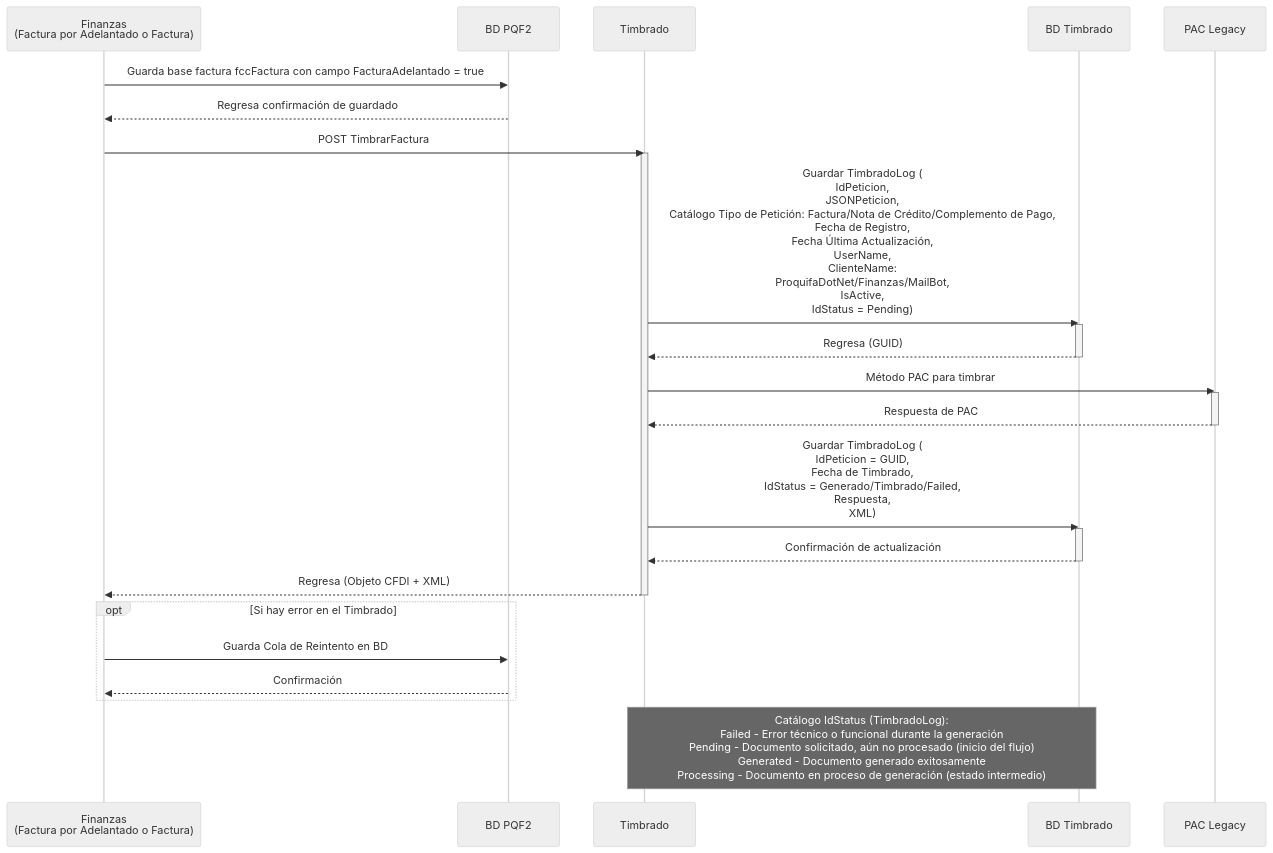
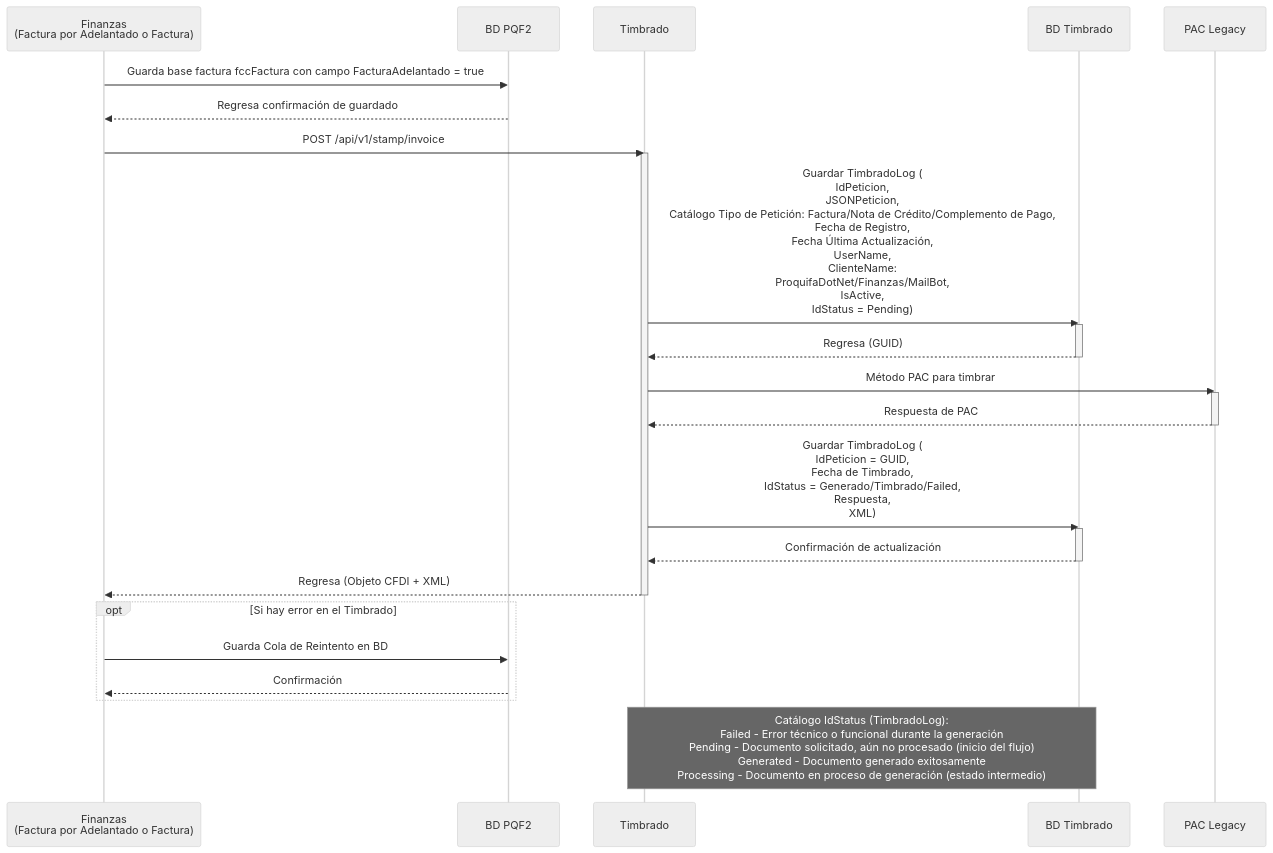
One commit to JuanGarciaRyndem/R16-Documentacion changed the diagram in Diagramas/Diagrama Secuencia Finanzas y Timbrado Factura.md. Above: the diagram before and after it, drawn with Mermaid (neutral theme). The commit also changed 47 other files, not shown here.

````diff
--- a/Diagramas/Diagrama Secuencia Finanzas y Timbrado Factura.md
+++ b/Diagramas/Diagrama Secuencia Finanzas y Timbrado Factura.md
@@ -3,39 +3,39 @@
 ```mermaid
 sequenceDiagram
     participant F as Finanzas<br/>(Factura por Adelantado o Factura)
     participant BDPQF2 as BD PQF2
     participant T as Timbrado
     participant BDT as BD Timbrado
     participant PAC as PAC Legacy
 
     F->>BDPQF2: Guarda base factura fccFactura con campo FacturaAdelantado = true
     BDPQF2-->>F: Regresa confirmación de guardado
 
-    F->>T: POST TimbrarFactura
+    F->>T: POST /api/v1/stamp/invoice
     activate T
 
     T->>BDT: Guardar TimbradoLog (<br/>IdPeticion, <br/>JSONPeticion, <br/>Catálogo Tipo de Petición: Factura/Nota de Crédito/Complemento de Pago, <br/>Fecha de Registro, <br/>Fecha Última Actualización, <br/>UserName, <br/>ClienteName: <br/>ProquifaDotNet/Finanzas/MailBot, <br/>IsActive, <br/>IdStatus = Pending)
     activate BDT
     BDT-->>T: Regresa (GUID)
     deactivate BDT
 
     T->>PAC: Método PAC para timbrar
     activate PAC
     PAC-->>T: Respuesta de PAC
     deactivate PAC
 
     T->>BDT: Guardar TimbradoLog (<br/>IdPeticion = GUID, <br/>Fecha de Timbrado, <br/>IdStatus = Generado/Timbrado/Failed, <br/>Respuesta, <br/>XML)
     activate BDT
     BDT-->>T: Confirmación de actualización
     deactivate BDT
 
     T-->>F: Regresa (Objeto CFDI + XML)
     deactivate T
 
     opt Si hay error en el Timbrado
         F->>BDPQF2: Guarda Cola de Reintento en BD
         BDPQF2-->>F: Confirmación
     end
 
     Note over T,BDT: Catálogo IdStatus (TimbradoLog):<br/>Failed - Error técnico o funcional durante la generación<br/>Pending - Documento solicitado, aún no procesado (inicio del flujo)<br/>Generated - Documento generado exitosamente<br/>Processing - Documento en proceso de generación (estado intermedio)
 ```
````
